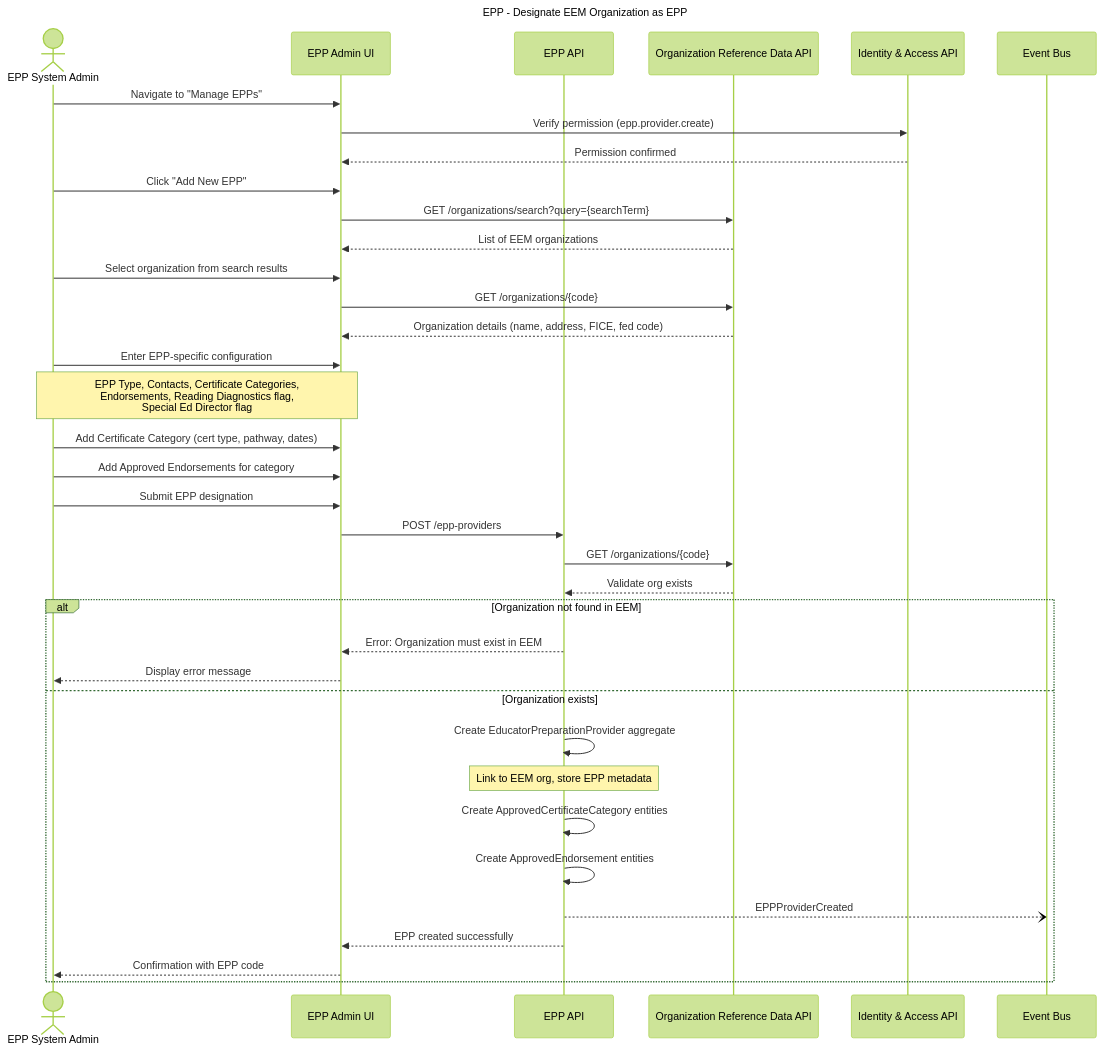
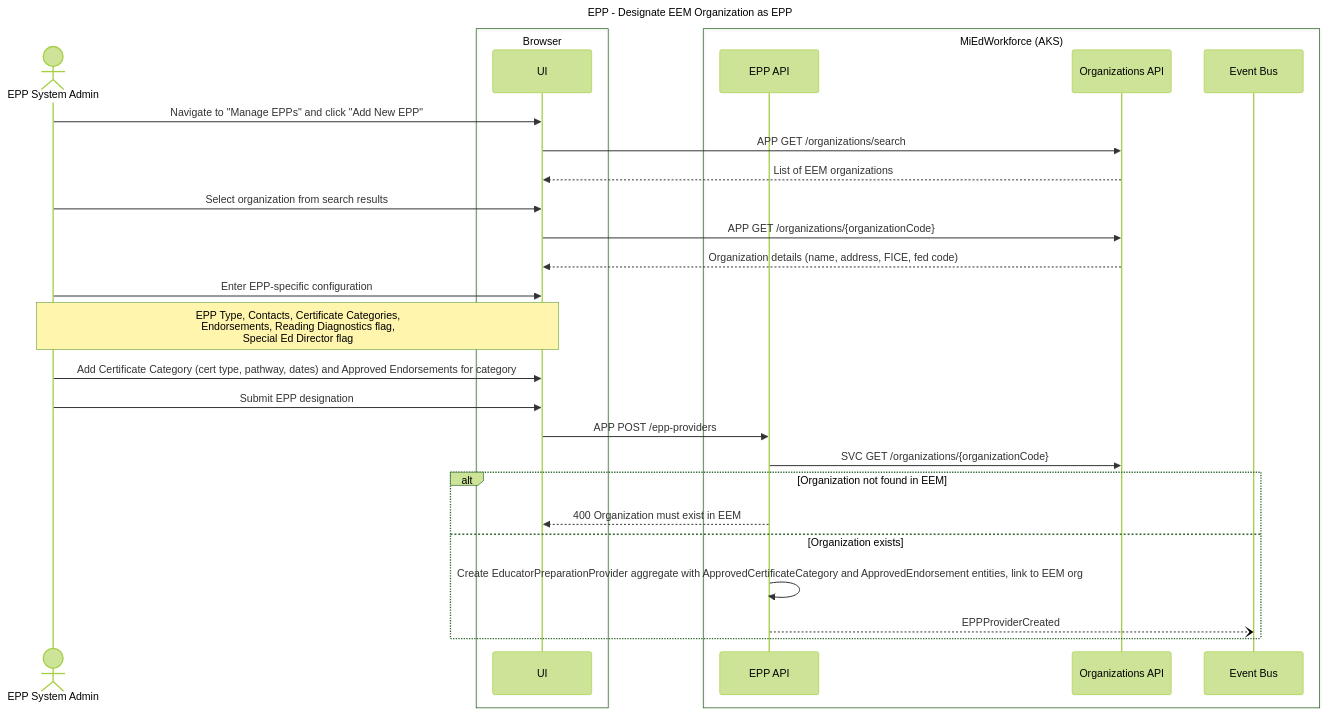
One commit to mnichols-dl/mied-design changed the first of 29 diagrams in working-docs/solution-areas/epp/epp-sequences.md. Above: the diagram before and after it, drawn with Mermaid (forest theme). The commit also changed other lines of this file and 34 other files, not shown here.

Commit message:
Update sequences and perform RTM assessment

````diff
--- a/working-docs/solution-areas/epp/epp-sequences.md
+++ b/working-docs/solution-areas/epp/epp-sequences.md
@@ -20,49 +25,39 @@
 ```mermaid
 ---
 title: EPP - Designate EEM Organization as EPP
 ---
 sequenceDiagram
     actor Admin as EPP System Admin
-    participant UI as EPP Admin UI
-    participant EPPService as EPP API
-    participant OrgRef as Organization Reference Data API
-    participant IAM as Identity & Access API
+    box Browser
+    participant UI as UI
+    end
+    box MiEdWorkforce (AKS)
+    participant EppApi as EPP API
+    participant OrgApi as Organizations API
     participant EventBus as Event Bus
-    
-    Admin->>UI: Navigate to "Manage EPPs"
-    UI->>IAM: Verify permission (epp.provider.create)
-    IAM-->>UI: Permission confirmed
-    
-    Admin->>UI: Click "Add New EPP"
-    UI->>OrgRef: GET /organizations/search?query={searchTerm}
-    OrgRef-->>UI: List of EEM organizations
-    
+    end
+
+    Admin->>UI: Navigate to "Manage EPPs" and click "Add New EPP"
+    UI->>OrgApi: APP GET /organizations/search
+    OrgApi-->>UI: List of EEM organizations
+
     Admin->>UI: Select organization from search results
-    UI->>OrgRef: GET /organizations/{code}
-    OrgRef-->>UI: Organization details (name, address, FICE, fed code)
-    
+    UI->>OrgApi: APP GET /organizations/{organizationCode}
+    OrgApi-->>UI: Organization details (name, address, FICE, fed code)
+
     Admin->>UI: Enter EPP-specific configuration
     Note over Admin,UI: EPP Type, Contacts, Certificate Categories,<br/>Endorsements, Reading Diagnostics flag,<br/>Special Ed Director flag
-    
-    Admin->>UI: Add Certificate Category (cert type, pathway, dates)
-    Admin->>UI: Add Approved Endorsements for category
+
+    Admin->>UI: Add Certificate Category (cert type, pathway, dates) and Approved Endorsements for category
     Admin->>UI: Submit EPP designation
-    
-    UI->>EPPService: POST /epp-providers
-    EPPService->>OrgRef: GET /organizations/{code}
-    OrgRef-->>EPPService: Validate org exists
-    
+
+    UI->>EppApi: APP POST /epp-providers
+    EppApi->>OrgApi: SVC GET /organizations/{organizationCode}
+
     alt Organization not found in EEM
-        EPPService-->>UI: Error: Organization must exist in EEM
-        UI-->>Admin: Display error message
+        EppApi-->>UI: 400 Organization must exist in EEM
     else Organization exists
-        EPPService->>EPPService: Create EducatorPreparationProvider aggregate
-        Note over EPPService: Link to EEM org, store EPP metadata
-        EPPService->>EPPService: Create ApprovedCertificateCategory entities
-        EPPService->>EPPService: Create ApprovedEndorsement entities
-        
-        EPPService--)EventBus: EPPProviderCreated
-        EPPService-->>UI: EPP created successfully
-        UI-->>Admin: Confirmation with EPP code
+        EppApi->>EppApi: Create EducatorPreparationProvider aggregate with ApprovedCertificateCategory and ApprovedEndorsement entities, link to EEM org
+        EppApi--)EventBus: EPPProviderCreated
     end
 ```
````
